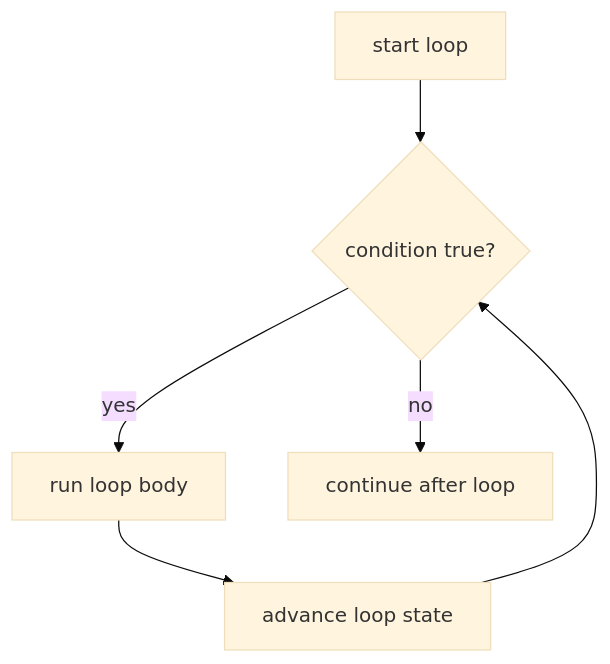
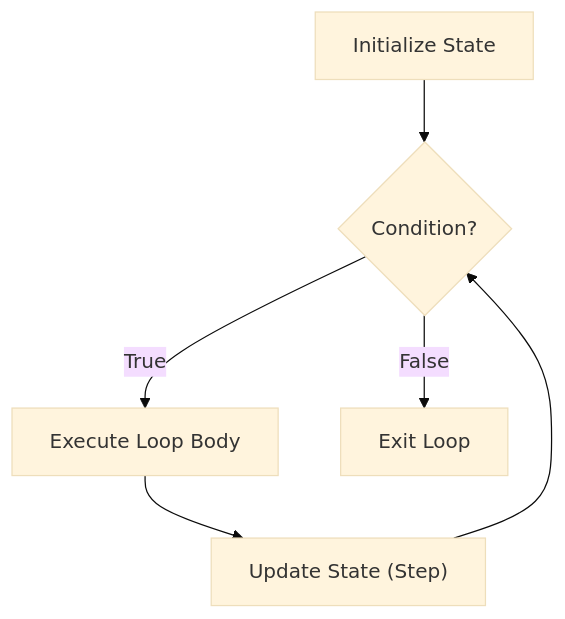
Before and after one commit to rasel9t6/the-go-engineer: the diagram in 02-language-basics/03-control-flow/2-for-basics/README.md, drawn with Mermaid (base theme). The commit also changed other lines of this file and 36 other files, not shown here.

````diff
--- a/02-language-basics/03-control-flow/2-for-basics/README.md
+++ b/02-language-basics/03-control-flow/2-for-basics/README.md
@@ -25,8 +25,8 @@
 ```mermaid
 graph TD
-    A["start loop"] --> B{"condition true?"}
-    B -->|yes| C["run loop body"]
-    C --> D["advance loop state"]
+    A["Initialize State"] --> B{Condition?}
+    B -- "True" --> C["Execute Loop Body"]
+    C --> D["Update State (Step)"]
     D --> B
-    B -->|no| E["continue after loop"]
+    B -- "False" --> E["Exit Loop"]
 ```
````
